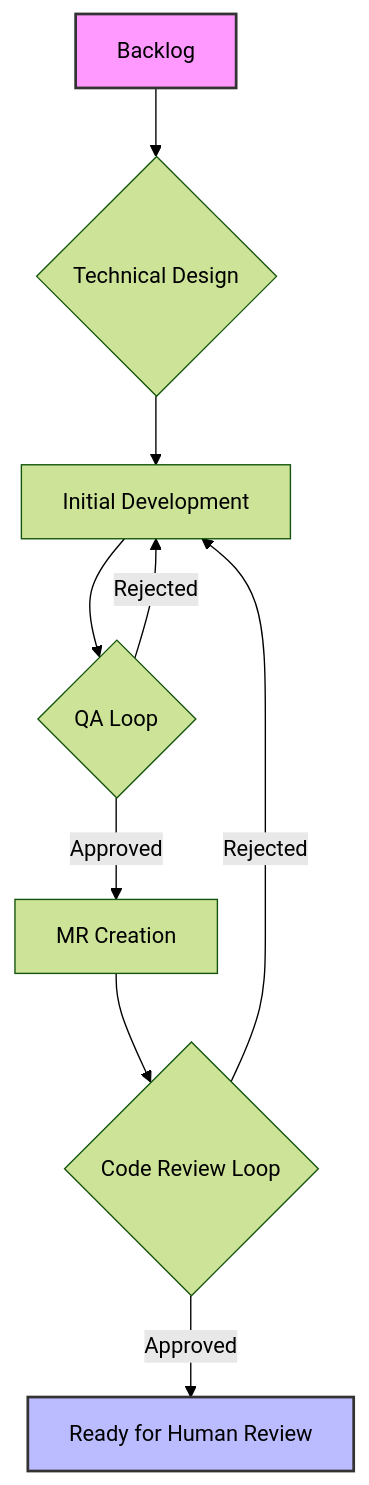
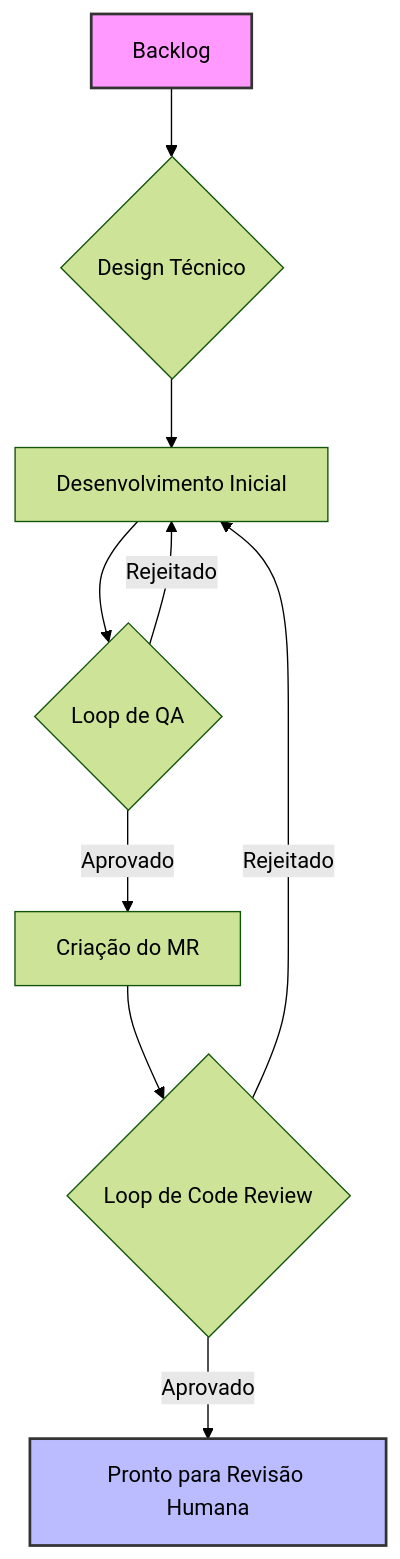
One commit to brain-model/sde-workspace changed the first of 2 diagrams in README.md. Above: the diagram before and after it, drawn with Mermaid (forest theme). The commit also changed other lines of this file and 8 other files, not shown here.

````diff
--- a/README.md
+++ b/README.md
@@ -75,14 +75,14 @@
 ```mermaid
 graph TD
-    A[Backlog] --> B{Technical Design};
-    B --> C[Initial Development];
-    C --> D{QA Loop};
-    D -- Approved --> E[MR Creation];
-    D -- Rejected --> C;
-    E --> F{Code Review Loop};
-    F -- Approved --> G[Ready for Human Review];
-    F -- Rejected --> C;
+    A[Backlog] --> B{Design Técnico};
+    B --> C[Desenvolvimento Inicial];
+    C --> D{Loop de QA};
+    D -- Aprovado --> E[Criação do MR];
+    D -- Rejeitado --> C;
+    E --> F{Loop de Code Review};
+    F -- Aprovado --> G[Pronto para Revisão Humana];
+    F -- Rejeitado --> C;
 
     style A fill:#f9f,stroke:#333,stroke-width:2px
     style G fill:#bbf,stroke:#333,stroke-width:2px
 ```
````
